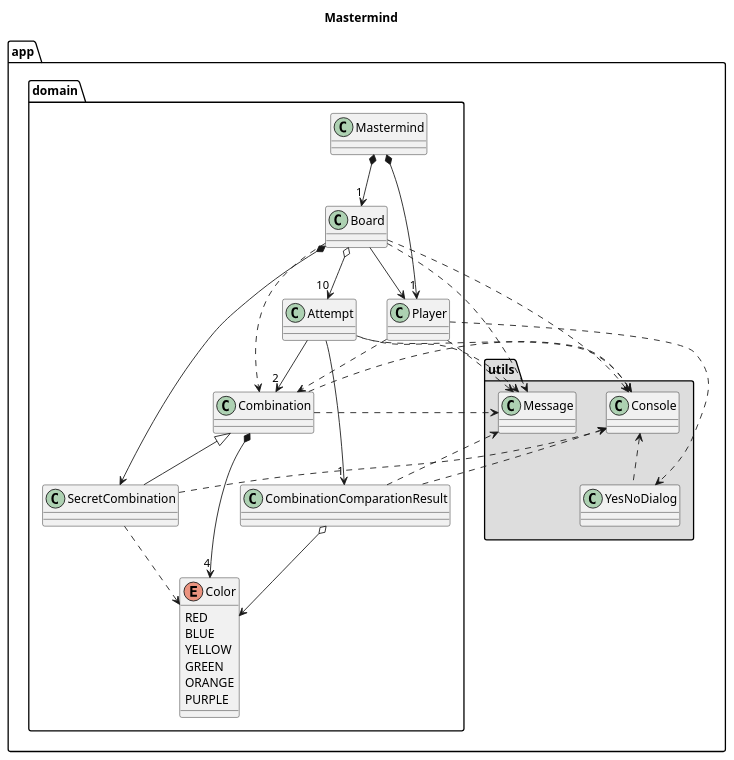
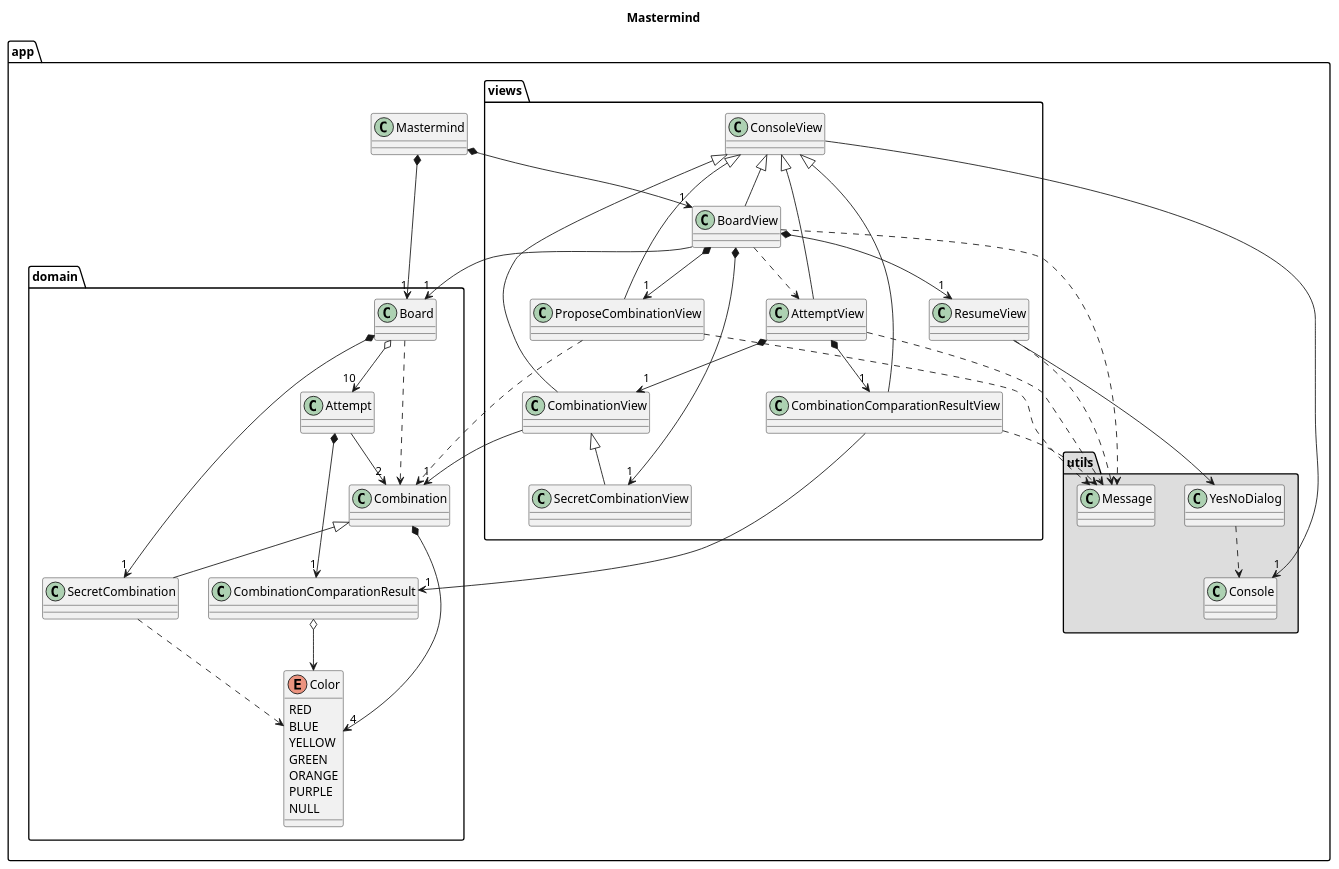
Before and after one commit to lucasfrias0612/java-mastermind-escuela-it-master-desarrollo-de-software: the diagram in docs/plantuml/class-diagram-basic-funcionality.plantuml, drawn with PlantUML. The commit also changed 20 other files, not shown here.

First line of the commit message:
Change architecture to Document View

```diff
--- a/docs/plantuml/class-diagram-basic-funcionality.plantuml
+++ b/docs/plantuml/class-diagram-basic-funcionality.plantuml
@@ -1,55 +1,93 @@
 @startuml
 
 title Mastermind
 
 package "app.utils" #DDDDDD {
   class Console
   class YesNoDialog
   class Message
 }
 
+YesNoDialog ..> Console
+
+package "app"{
+  class Mastermind
+}
+
 package "app.domain"{
-  class Mastermind
   class Board
-  class Player
   class Combination
   class SecretCombination
   class CombinationComparationResult
   class Attempt
   enum Color {
     RED
     BLUE
     YELLOW
     GREEN
     ORANGE
     PURPLE
+    NULL
   }
 }
 
+package "app.views"{
+  class ConsoleView
+  class AttemptView
+  class CombinationView
+  class SecretCombinationView
+  class ProposeCombinationView
+  class BoardView
+  class CombinationComparationResultView
+  class ResumeView
+}
+
 Mastermind *-->"1" Board
-Mastermind *-->"1" Player
-Console <.. Board
-Console <.. Combination
-Console <.. SecretCombination
-Console <.. Attempt
-Console <.. YesNoDialog
-Console <.. CombinationComparationResult
-Board --> Player
+Mastermind *-->"1" BoardView
+
+Board *-->"1" SecretCombination
 Board o--> "10" Attempt
 Board ..> Combination
-Board *--> SecretCombination
-Board ..> Message
-Player ..> Combination
-Player ..> YesNoDialog
-Player ..> Message
+
+
+
 Attempt -->"2" Combination
-Attempt -->"1" CombinationComparationResult
-Attempt ..> Message
+Attempt *-->"1" CombinationComparationResult
 Combination *--> "4" Color
-Combination ..> Message
+
 SecretCombination -up-|> Combination
 SecretCombination ..> Color
+
 CombinationComparationResult o--> Color
-CombinationComparationResult ..> Message
+
+ConsoleView -->"1" Console
+AttemptView -up-|> ConsoleView
+CombinationView -up-|> ConsoleView
+BoardView -up-|> ConsoleView
+CombinationComparationResultView -up-|> ConsoleView
+ProposeCombinationView -up-|> ConsoleView
+SecretCombinationView -up-|> CombinationView
+
+AttemptView *-->"1" CombinationView
+AttemptView *-->"1" CombinationComparationResultView
+AttemptView ..> Message
+
+CombinationView -->"1" Combination
+
+ProposeCombinationView ..> Combination
+ProposeCombinationView ..> Message
+
+ResumeView --> YesNoDialog
+ResumeView ..> Message
+
+CombinationComparationResultView -->"1" CombinationComparationResult
+CombinationComparationResultView ..> Message
+
+BoardView *-->"1" SecretCombinationView
+BoardView *-->"1" ProposeCombinationView
+BoardView *-->"1" ResumeView
+BoardView -->"1" Board
+BoardView ..> AttemptView
+BoardView ..> Message
 
 @enduml
```
